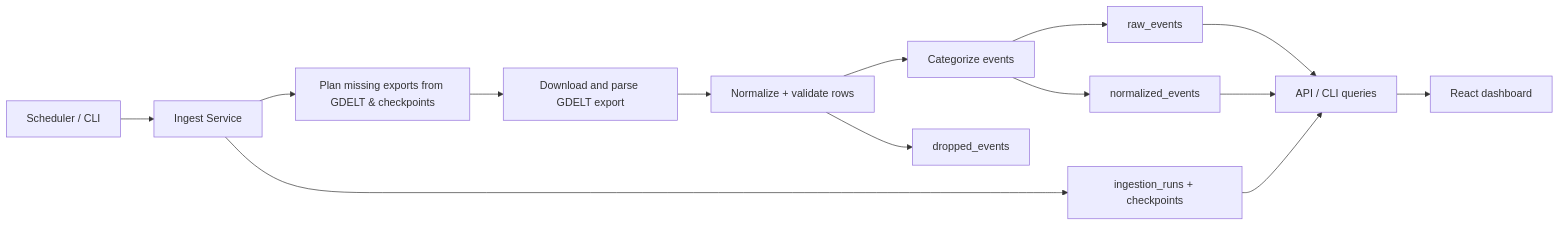
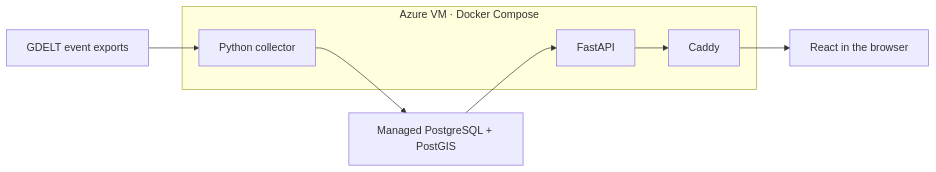
The diagram in README.md (fegalvan/Global-News-Monitor), drawn with Mermaid before and after one commit. The commit also changed other lines of this file and 12 other files, not shown here.

````diff
--- a/README.md
+++ b/README.md
@@ -66,16 +21,13 @@
 ```mermaid
 flowchart LR
-    A["Scheduler / CLI"] --> B["Ingest Service"]
-    B --> C["Plan missing exports from GDELT & checkpoints"]
-    C --> D["Download and parse GDELT export"]
-    D --> E["Normalize + validate rows"]
-    E --> F["Categorize events"]
-    F --> G["raw_events"]
-    F --> H["normalized_events"]
-    E --> I["dropped_events"]
-    G --> J["API / CLI queries"]
-    H --> J
-    B --> K["ingestion_runs + checkpoints"]
-    K --> J
-    J --> L["React dashboard"]
+    G["GDELT event exports"] --> P["Python collector"]
+    P --> D["Managed PostgreSQL + PostGIS"]
+    D --> A["FastAPI"]
+    A --> W["Caddy"]
+    W --> R["React in the browser"]
+    subgraph VM["Azure VM · Docker Compose"]
+      P
+      A
+      W
+    end
 ```
````
